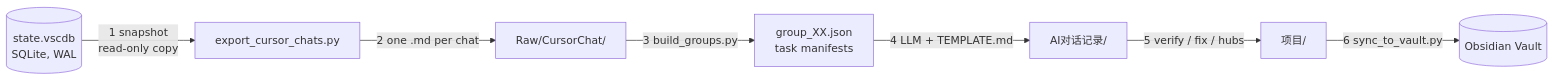
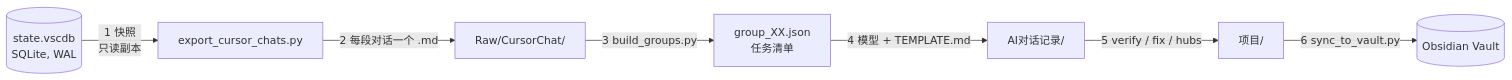
The diagram in README.md (PF-UI/cursor-kb), drawn with Mermaid before and after one commit. The commit also changed other lines of this file, not shown here.

````diff
--- a/README.md
+++ b/README.md
@@ -26,9 +26,9 @@
 ```mermaid
 flowchart LR
-    DB[(state.vscdb<br/>SQLite, WAL)] -->|"1 snapshot<br/>read-only copy"| EX[export_cursor_chats.py]
-    EX -->|"2 one .md per chat"| RAW[Raw/CursorChat/]
-    RAW -->|"3 build_groups.py"| GRP[group_XX.json<br/>task manifests]
-    GRP -->|"4 LLM + TEMPLATE.md"| NOTE[AI对话记录/]
+    DB[(state.vscdb<br/>SQLite, WAL)] -->|"1 快照<br/>只读副本"| EX[export_cursor_chats.py]
+    EX -->|"2 每段对话一个 .md"| RAW[Raw/CursorChat/]
+    RAW -->|"3 build_groups.py"| GRP[group_XX.json<br/>任务清单]
+    GRP -->|"4 模型 + TEMPLATE.md"| NOTE[AI对话记录/]
     NOTE -->|"5 verify / fix / hubs"| HUB[项目/]
     HUB -->|"6 sync_to_vault.py"| VAULT[(Obsidian Vault)]
 ```
````
